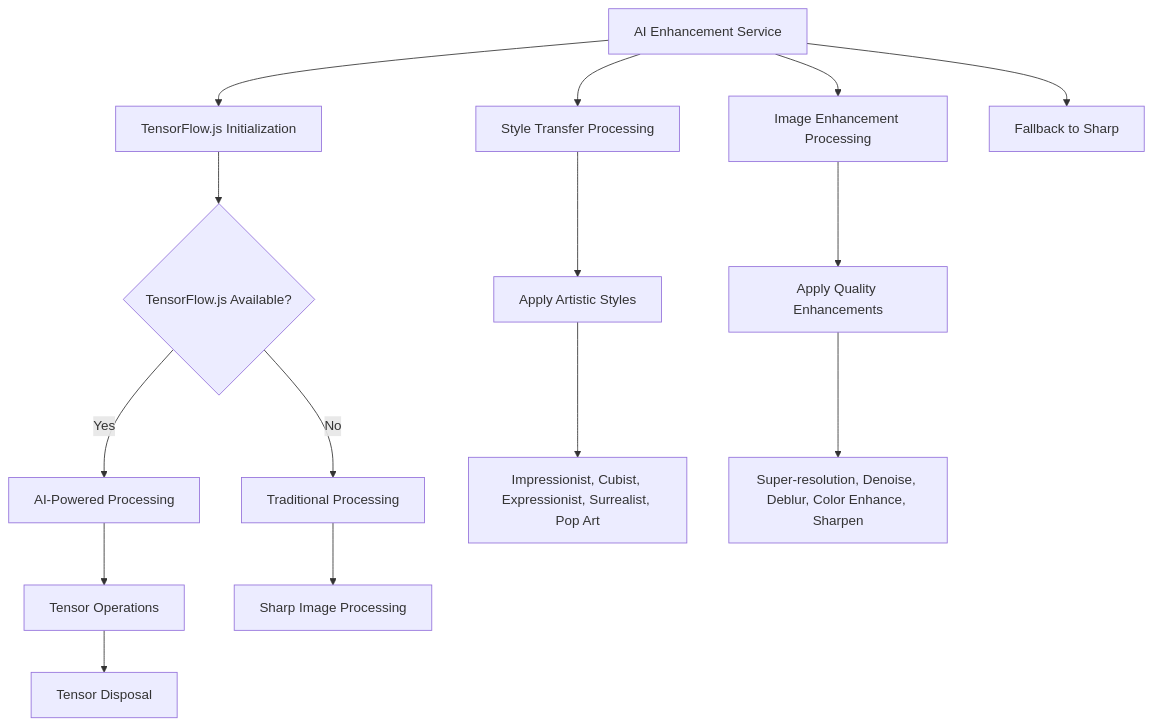
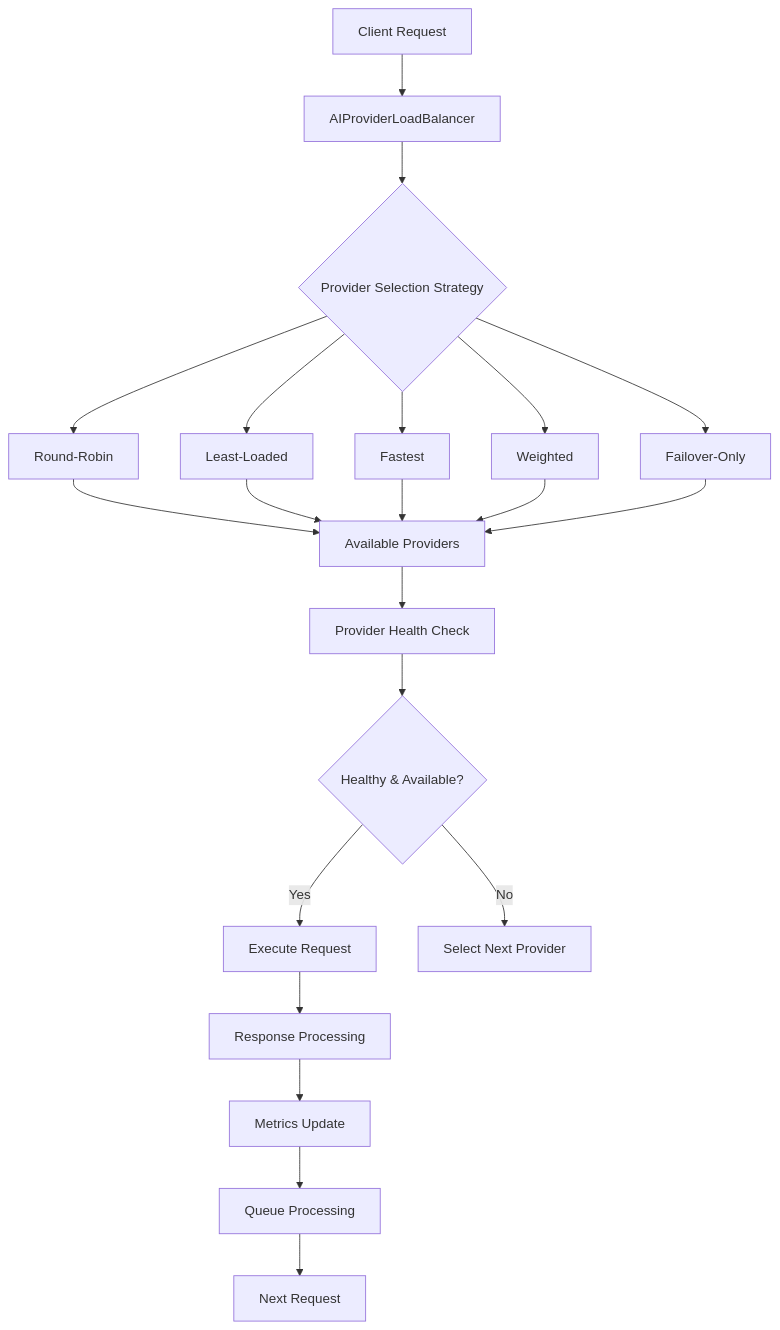
Before and after one commit to Brimstow/ThumPiks: the second of 8 diagrams in .qoder/repowiki/en/content/AI & Image Processing/AI Enhancement Service/AI Enhancement Service.md, drawn with Mermaid. The commit also changed other lines of this file and 900 other files, not shown here.

````diff
--- a/.qoder/repowiki/en/content/AI & Image Processing/AI Enhancement Service/AI Enhancement Service.md
+++ b/.qoder/repowiki/en/content/AI & Image Processing/AI Enhancement Service/AI Enhancement Service.md
@@ -38,17 +85,23 @@
 ```mermaid
 graph TD
-A[AI Enhancement Service] --> B[TensorFlow.js Initialization]
-A --> C[Style Transfer Processing]
-A --> D[Image Enhancement Processing]
-A --> E[Fallback to Sharp]
-B --> F{TensorFlow.js Available?}
-F --> |Yes| G[AI-Powered Processing]
-F --> |No| H[Traditional Processing]
-C --> I[Apply Artistic Styles]
-D --> J[Apply Quality Enhancements]
-G --> K[Tensor Operations]
-K --> L[Tensor Disposal]
-H --> M[Sharp Image Processing]
-I --> N[Impressionist, Cubist, Expressionist, Surrealist, Pop Art]
-J --> O[Super-resolution, Denoise, Deblur, Color Enhance, Sharpen]
+A[Client Request] --> B[AIProviderLoadBalancer]
+B --> C{Provider Selection Strategy}
+C --> D[Round-Robin]
+C --> E[Least-Loaded]
+C --> F[Fastest]
+C --> G[Weighted]
+C --> H[Failover-Only]
+D --> I[Available Providers]
+E --> I
+F --> I
+G --> I
+H --> I
+I --> J[Provider Health Check]
+J --> K{Healthy & Available?}
+K --> |Yes| L[Execute Request]
+K --> |No| M[Select Next Provider]
+L --> N[Response Processing]
+N --> O[Metrics Update]
+O --> P[Queue Processing]
+P --> Q[Next Request]
 ```
````
